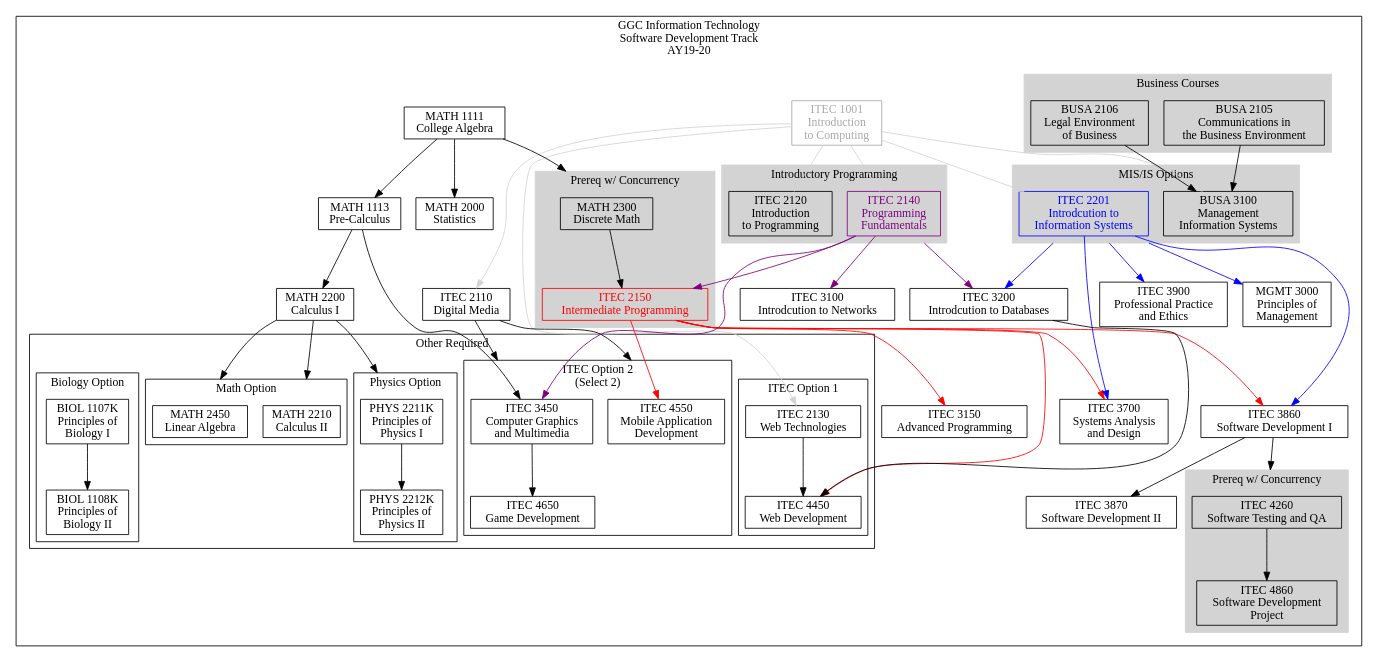
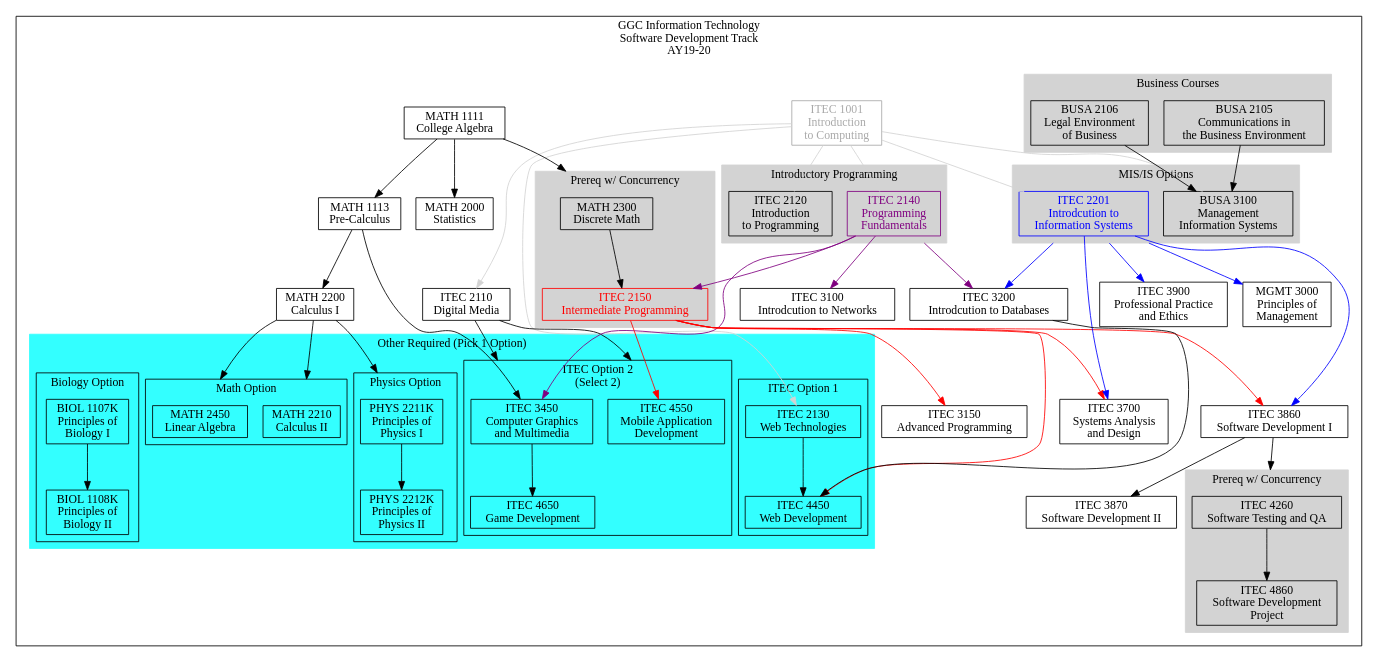
The diagram in AY19-20/SoftwareDevelopment.dot (rjlutz/itec-plans), drawn with Graphviz before and after one commit. The commit also changed 1 other file, not shown here.

```diff
--- a/AY19-20/SoftwareDevelopment.dot
+++ b/AY19-20/SoftwareDevelopment.dot
@@ -1,172 +1,181 @@
 digraph G {
 
     node [shape = record, fontname="Sans serif" fontsize="14"];
     compound = true //  needed to link clusters and nodes
     splines = true
     ranksep=0.75
 
      // All
     itec1001[label = "ITEC 1001\nIntroduction \nto Computing" color=darkgray fontcolor=darkgray]
     itec2110[label = "ITEC 2110\nDigital Media"]
     itec2120[label = "ITEC 2120\nIntroduction\nto Programming"]
     itec2130[label = "ITEC 2130\nWeb Technologies"]
     itec2140[label = "ITEC 2140\nProgramming \nFundamentals" color=purple fontcolor=purple]
     itec2150[label = "ITEC 2150\nIntermediate Programming" color=red fontcolor=red]
     itec2201[label = "ITEC 2201\nIntrodcution to\nInformation Systems" color=blue fontcolor=blue]
     itec3100[label = "ITEC 3100\nIntrodcution to Networks"]
     itec3200[label = "ITEC 3200\nIntrodcution to Databases"]
     itec3900[label = "ITEC 3900\nProfessional Practice\nand Ethics"]
     busa2105[label = "BUSA 2105\nCommunications in\nthe Business Environment"]
     busa2106[label = "BUSA 2106\nLegal Environment\nof Business"]
     busa3100[label = "BUSA 3100\nManagement \nInformation Systems"]
     math1111[label = "MATH 1111\nCollege Algebra"]
     math1113[label = "MATH 1113\nPre-Calculus"]
     math2300[label = "MATH 2300\nDiscrete Math"]
     math2000[label = "MATH 2000\nStatistics"]
     math2200[label = "MATH 2200\nCalculus I"]
     mgmt3000[label = "MGMT 3000\nPrinciples of\nManagement"]
 
     // Software Development 
     itec3150[label = "ITEC 3150\nAdvanced Programming"]
     itec3450[label = "ITEC 3450\nComputer Graphics\nand Multimedia"]
     itec3700[label = "ITEC 3700\nSystems Analysis\nand Design"]
     itec3860[label = "ITEC 3860\nSoftware Development I"]
     itec3870[label = "ITEC 3870\nSoftware Development II"]
     itec4260[label = "ITEC 4260\nSoftware Testing and QA"]
     itec4860[label = "ITEC 4860\nSoftware Development\nProject"]
     itec4450[label = "ITEC 4450\nWeb Development"]
     itec4550[label = "ITEC 4550\nMobile Application\nDevelopment"]
     itec4650[label = "ITEC 4650\nGame Development"]
     math2210[label = "MATH 2210\nCalculus II"]
     math2450[label = "MATH 2450\nLinear Algebra"]
     phys2211k[label = "PHYS 2211K\nPrinciples of\nPhysics I"]
     phys2212k[label = "PHYS 2212K\nPrinciples of\nPhysics II"]
     biol1107k[label = "BIOL 1107K\nPrinciples of\nBiology I"]
     biol1108k[label = "BIOL 1108K\nPrinciples of\nBiology II"]
 
 
     subgraph clustersd {
         label="GGC Information Technology\nSoftware Development Track\nAY19-20"
 
         subgraph clusterrequired {
             label=""
             node [style=filled];
             style=filled;
 
             color="#FFFFFF";
             
             itec1001 -> itec2110 [color=lightgray]
             itec1001 -> itec2120 [color=lightgray]
             itec1001 -> itec2130 [color=lightgray]
             itec1001 -> itec2201 [color=lightgray]
             itec1001 -> busa3100 [color=lightgray]
 
             busa2106 -> busa3100
             busa2105 -> busa3100
             itec1001 -> itec2140 [color=lightgray]
             itec2140 -> itec2150 [color=purple]
             itec2150 -> itec3150 [lltail=clusterdiscrete color=red]
 
             itec2140 -> itec3100 [color=purple]
             itec2201 -> itec3200 [color=blue ltail=cluster22013100];
             itec2140 -> itec3200 [ltail=cluster21202140 color=purple]
 
             itec2150 -> itec3700 [lltail=clusterdiscrete color=red]
             itec2201 -> itec3700 [color=blue]
 
             itec2150 -> itec3860 [color=red]
             itec2201 -> itec3860 [color=blue]
             itec3860 -> itec3870
             itec2201 -> itec3900 [ltail=cluster22013100 color=blue]
             itec3860 -> itec4260 [lhead=clusterQA]
             itec2201 -> mgmt3000 [ltail=cluster22013100 color=blue]
 
             math1113 -> math2200
             math1111 -> math1113
             math1111 -> math2000
             math1111 -> math2300 [lhead=clusterdiscrete]
             math2200 -> math2210 [lhead=clustermathopt]
             math2200 -> math2450 [lhead=clustermathopt]
             itec3200 -> itec4450
 
             math1113 -> itec3450
             itec2110 -> itec3450 [lhead=clusteritecopt2]
             itec2140 -> itec3450 [color=purple]
             itec2110 -> itec4550 [lhead=clusteritecopt2]
             math2200 -> phys2211k [lhead=clusterphysopt]
             itec2150 -> itec4550 [color=red]
 
             subgraph cluster21202140 {
                 label = "Introductory Programming";
                 color=lightgrey;
                 itec2120
                 itec2140
             }
             subgraph cluster22013100 {
                 label = "MIS/IS Options";
                 color=lightgrey;
                 itec2201
                 busa3100
             }
             subgraph cluster21052106 {
                 label = "Business Courses"
                 color=lightgrey;
                 busa2105
                 busa2106
             }
             
             subgraph clusterdiscrete {
                 label = "Prereq w/ Concurrency";
                 node [style=filled];
                 style=filled;
                 color=lightgrey;
                 math2300 -> itec2150
             }
 
             subgraph clusterQA {
                 label = "Prereq w/ Concurrency";
                 node [style=filled];
                 style=filled;
                 color=lightgrey;
                 itec4260 -> itec4860
             }
 
             subgraph clusterotherrequired {
-                label = "Other Required"
+                label = "Other Required (Pick 1 Option)"
                 node [style=filled];
                 style=filled;
-                graph[style=solid]
-                color=black;
+                // graph[style=solid]
+                color="#33ffff"
 
                 subgraph clusteritecopt1 {
                     label = "ITEC Option 1";
+                    graph[style=solid]
+                    color=black
                     itec2130 -> itec4450
                     itec2150 -> itec4450 [color=red]
                 }
 
                 subgraph clusteritecopt2 {
-                    label = "ITEC Option 2\n(Select 2)";
-                    
+                    label = "ITEC Option 2\n(Select 2)"
+                    graph[style=solid]
+                    color=black
                     itec3450 -> itec4650
                     itec4550
                 }
 
                 subgraph clusterbiolopt {
                     label = "Biology Option";
+                    graph[style=solid]
+                    color=black
                     biol1107k -> biol1108k
                 }
 
                 subgraph clustermathopt {
                     label = "Math Option";
+                    graph[style=solid]
+                    color=black
                     math2210
                     math2450
                 }
 
                 subgraph clusterphysopt {
                     label = "Physics Option"
+                    graph[style=solid]
+                    color=black
                     phys2211k -> phys2212k
                 }
             }
         }    
     }
 }
```
